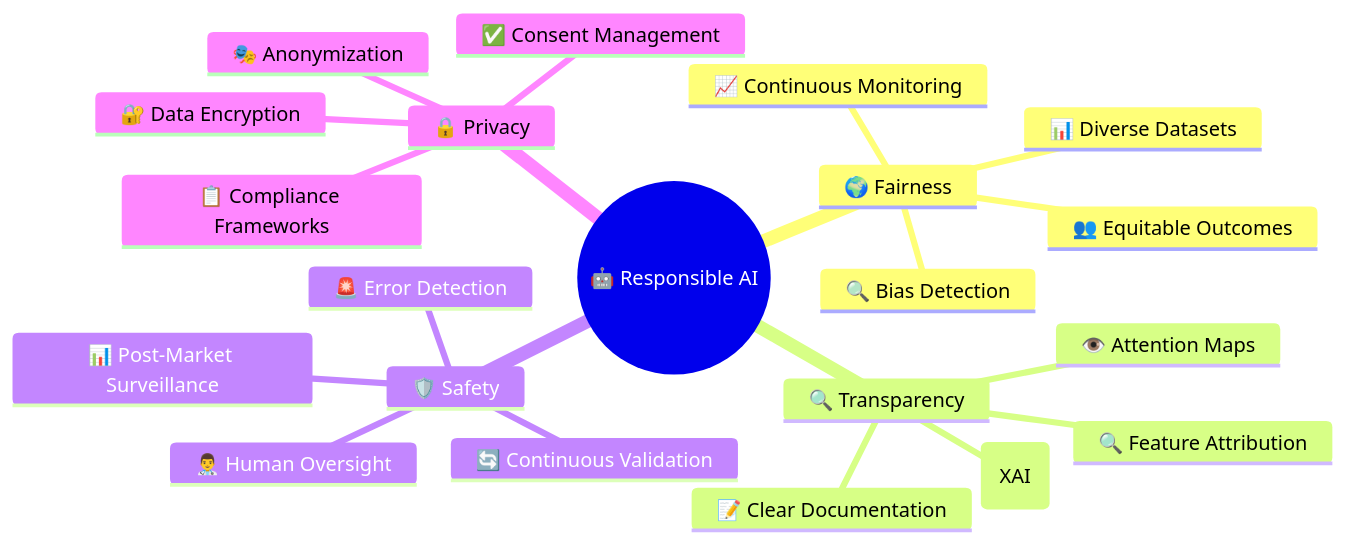
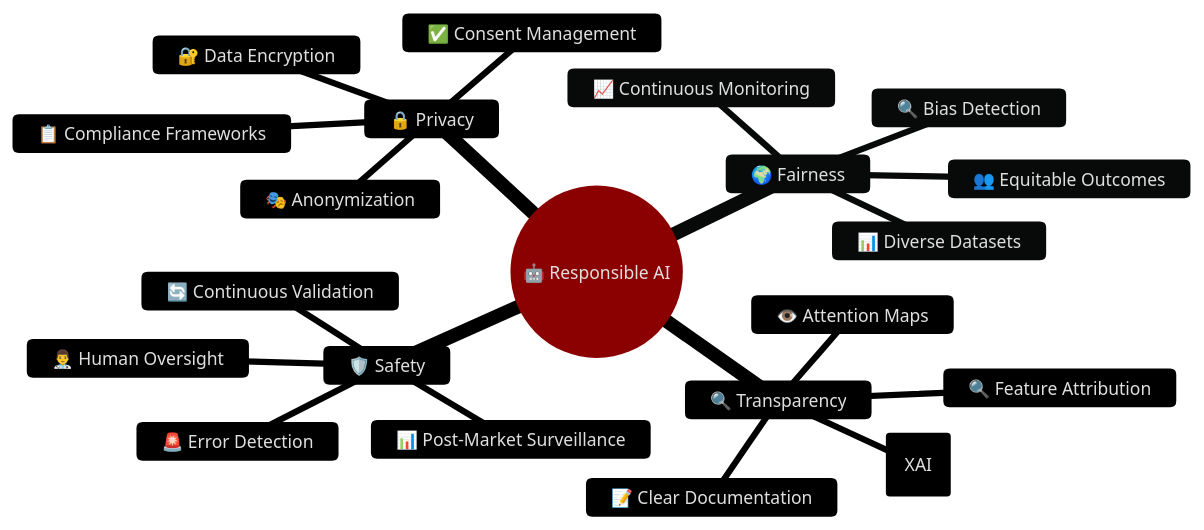
Before and after one commit to hr1juldey/FairWorks_FairDOC: diagram 12 of 18 in report.md, drawn with Mermaid. The commit also changed other lines of this file, not shown here.

````diff
--- a/report.md
+++ b/report.md
@@ -405,24 +607,29 @@
 ```mermaid
+---
+config:
+  theme: neo-dark
+---
 mindmap
   root((🤖 Responsible AI))
     🌍 Fairness
       📊 Diverse Datasets
       🔍 Bias Detection
       📈 Continuous Monitoring
       👥 Equitable Outcomes
     🔍 Transparency  
       💡 Explainable AI (XAI)
       📝 Clear Documentation
       🔍 Feature Attribution
       👁️ Attention Maps
     🛡️ Safety
       👨‍⚕️ Human Oversight
       🚨 Error Detection
       🔄 Continuous Validation
       📊 Post-Market Surveillance
     🔒 Privacy
       🔐 Data Encryption
       🎭 Anonymization
       ✅ Consent Management
       📋 Compliance Frameworks
+
 ```
````
